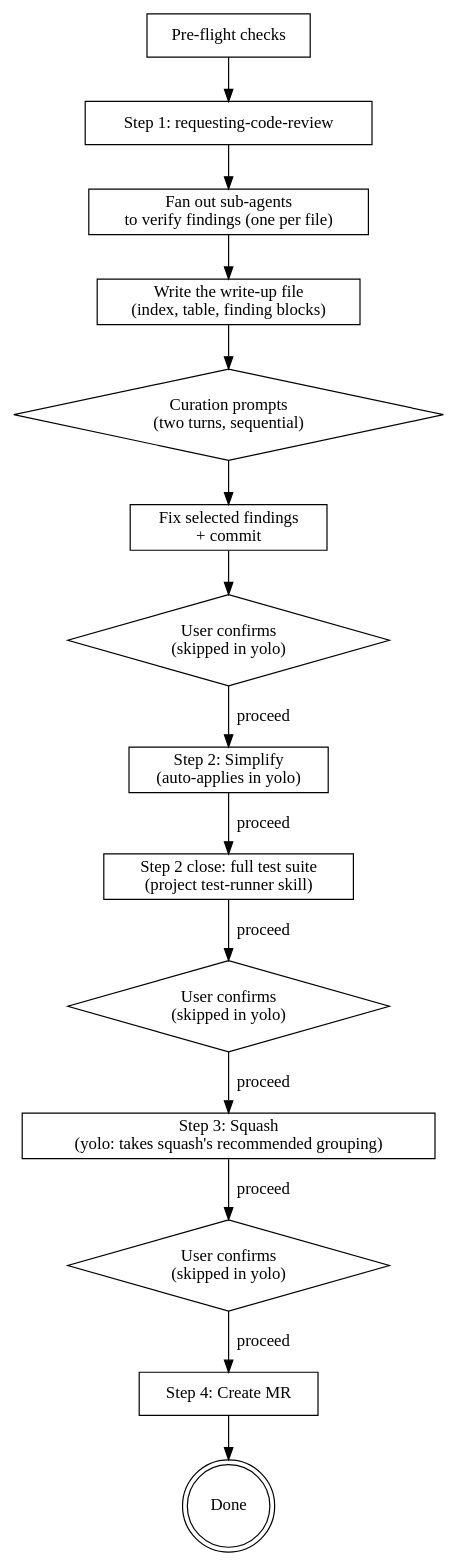
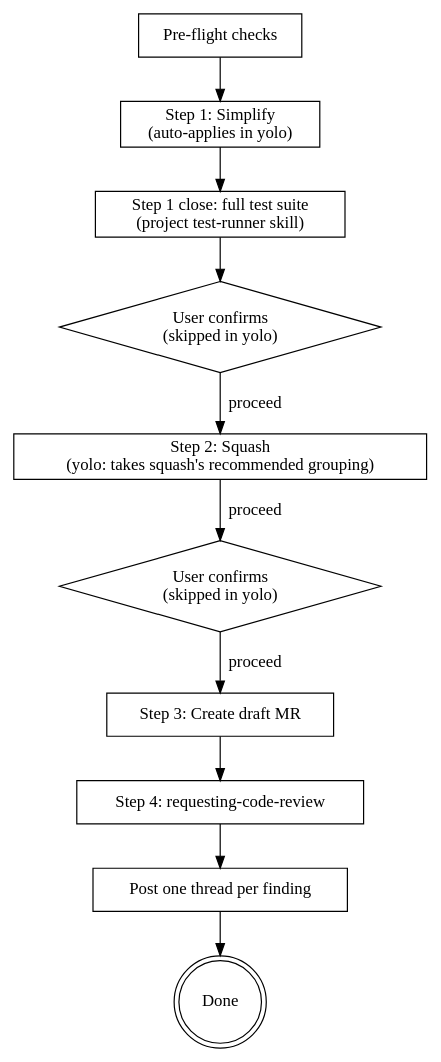
Before and after one commit to Minkey27/ai-skills: the diagram in skills/finalize-branch/SKILL.md, drawn with Graphviz. The commit also changed other lines of this file and 3 other files, not shown here.

First line of the commit message:
feat(finalize-branch): open the draft MR first and post review findings as threads

````diff
--- a/skills/finalize-branch/SKILL.md
+++ b/skills/finalize-branch/SKILL.md
@@ -65,27 +67,22 @@
 ```dot
 digraph finalize {
     rankdir=TB;
     node [shape=box];
 
     preflight [label="Pre-flight checks"];
-    review [label="Step 1: requesting-code-review"];
-    verify [label="Fan out sub-agents\nto verify findings (one per file)"];
-    present [label="Write the write-up file\n(index, table, finding blocks)"];
-    curate [label="Curation prompts\n(two turns, sequential)" shape=diamond];
-    fix [label="Fix selected findings\n+ commit"];
+    simplify [label="Step 1: Simplify\n(auto-applies in yolo)"];
+    suite [label="Step 1 close: full test suite\n(project test-runner skill)"];
     gate1 [label="User confirms\n(skipped in yolo)" shape=diamond];
-    simplify [label="Step 2: Simplify\n(auto-applies in yolo)"];
-    suite [label="Step 2 close: full test suite\n(project test-runner skill)"];
+    squash [label="Step 2: Squash\n(yolo: takes squash's recommended grouping)"];
     gate2 [label="User confirms\n(skipped in yolo)" shape=diamond];
-    squash [label="Step 3: Squash\n(yolo: takes squash's recommended grouping)"];
-    gate3 [label="User confirms\n(skipped in yolo)" shape=diamond];
-    mr [label="Step 4: Create MR"];
+    mr [label="Step 3: Create draft MR"];
+    review [label="Step 4: requesting-code-review"];
+    post [label="Post one thread per finding"];
     done [label="Done" shape=doublecircle];
 
-    preflight -> review -> verify -> present -> curate -> fix -> gate1;
-    gate1 -> simplify [label="proceed"];
-    simplify -> suite -> gate2 -> squash [label="proceed"];
-    squash -> gate3 -> mr [label="proceed"];
-    mr -> done;
+    preflight -> simplify -> suite -> gate1;
+    gate1 -> squash [label="proceed"];
+    squash -> gate2 -> mr [label="proceed"];
+    mr -> review -> post -> done;
 }
 ```
````
